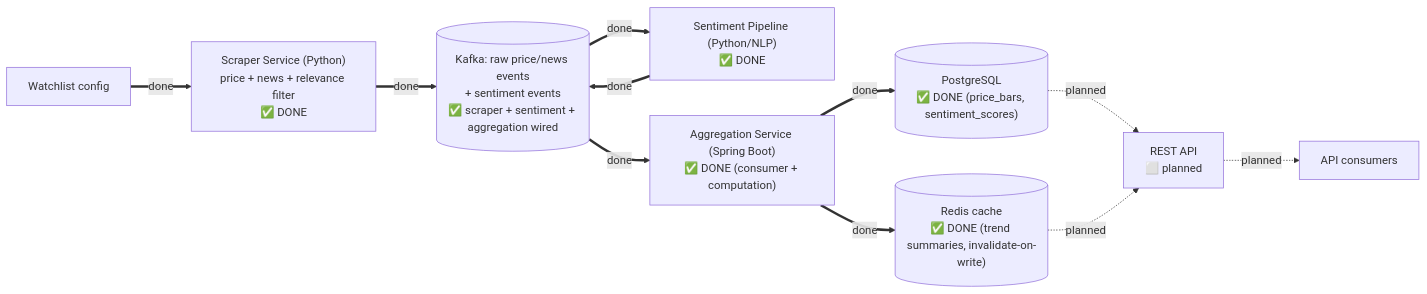
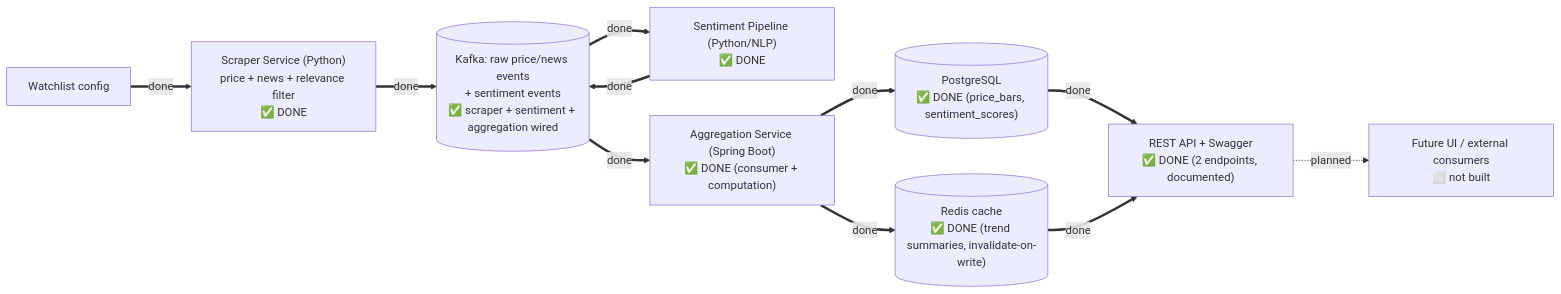
One commit to shreyansgosalia18/marketpulse changed the diagram in docs/architecture/system-overview.md. Above: the diagram before and after it, drawn with Mermaid. The commit also changed other lines of this file and 15 other files, not shown here.

````diff
--- a/docs/architecture/system-overview.md
+++ b/docs/architecture/system-overview.md
@@ -7,23 +7,23 @@
 ```mermaid
 flowchart LR
     WL["Watchlist config"]
     SC["Scraper Service (Python)<br/>price + news + relevance filter<br/>✅ DONE"]
     SENT["Sentiment Pipeline (Python/NLP)<br/>✅ DONE"]
     KAFKA[("Kafka: raw price/news events<br/>+ sentiment events<br/>✅ scraper + sentiment + aggregation wired")]
     AGG["Aggregation Service (Spring Boot)<br/>✅ DONE (consumer + computation)"]
     PG[("PostgreSQL<br/>✅ DONE (price_bars, sentiment_scores)")]
     REDIS[("Redis cache<br/>✅ DONE (trend summaries, invalidate-on-write)")]
-    API["REST API<br/>⬜ planned"]
-    CONSUMERS["API consumers"]
+    API["REST API + Swagger<br/>✅ DONE (2 endpoints, documented)"]
+    CONSUMERS["Future UI / external consumers<br/>⬜ not built"]
 
     WL ==>|done| SC
     SC ==>|done| KAFKA
     KAFKA ==>|done| SENT
     SENT ==>|done| KAFKA
     KAFKA ==>|done| AGG
     AGG ==>|done| PG
     AGG ==>|done| REDIS
-    PG -.->|planned| API
-    REDIS -.->|planned| API
+    PG ==>|done| API
+    REDIS ==>|done| API
     API -.->|planned| CONSUMERS
 ```
````
